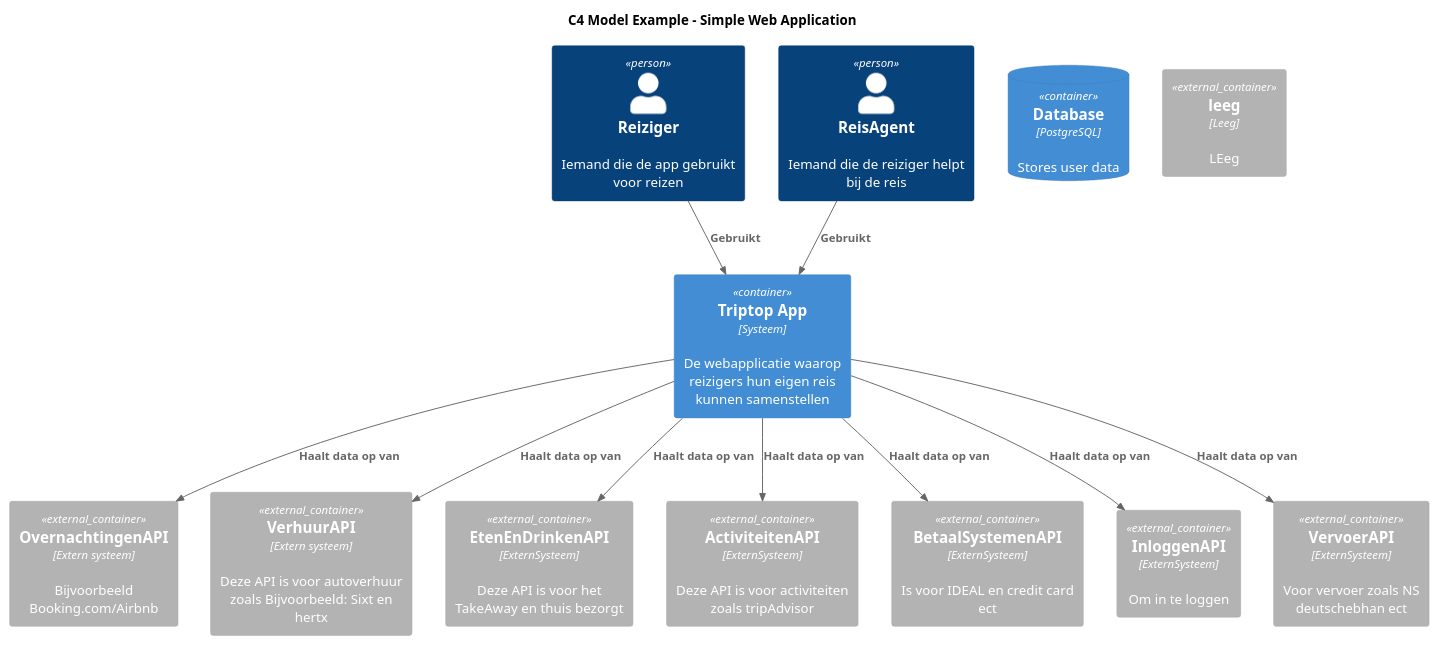
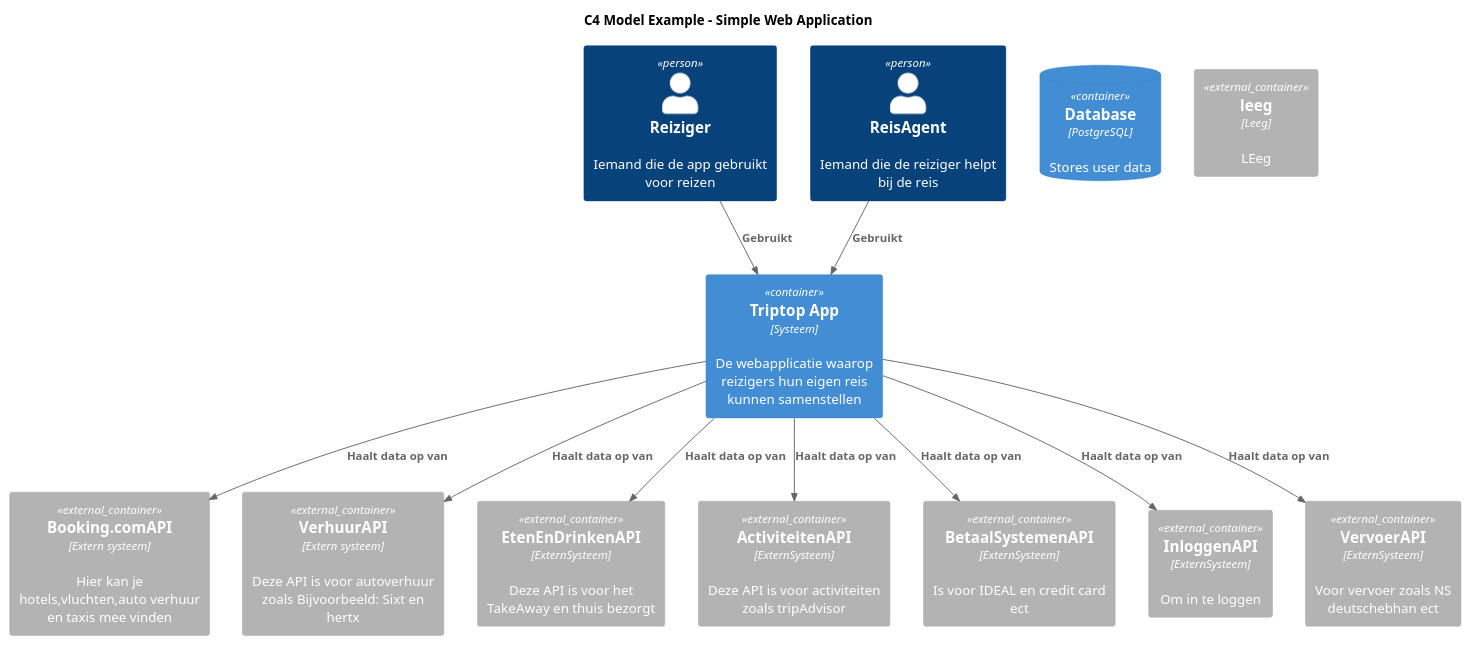
The diagram in diagrammen-met-de-boys/C4-Container-Diagram.puml (AIM-ENE-feb25/triptop-peak-performers-groep-1), drawn with PlantUML before and after one commit. The commit also changed 1 other file, not shown here.

```diff
--- a/diagrammen-met-de-boys/C4-Container-Diagram.puml
+++ b/diagrammen-met-de-boys/C4-Container-Diagram.puml
@@ -1,34 +1,34 @@
 @startuml
 !include <C4/C4_Container>
 
 title C4 Model Example - Simple Web Application
 
 Person(Reiziger, "Reiziger", "Iemand die de app gebruikt voor reizen")
 Person(ReisAgent, "ReisAgent", "Iemand die de reiziger helpt bij de reis")
 
 
 Container(system, "Triptop App", "Systeem", "De webapplicatie waarop reizigers hun eigen reis kunnen samenstellen")
 ContainerDb(db, "Database", "PostgreSQL", "Stores user data")
-Container_Ext("OvernachtingenAPI", "OvernachtingenAPI", "Extern systeem","Bijvoorbeeld Booking.com/Airbnb")
+Container_Ext(Booking.comAPI, Booking.comAPI, "Extern systeem","Hier kan je hotels,vluchten,auto verhuur en taxis mee vinden")
 Container_Ext(VerhuurAPI, "VerhuurAPI", "Extern systeem","Deze API is voor autoverhuur zoals Bijvoorbeeld: Sixt en hertx")
 Container_Ext(EtenEnDrinkenAPI, "EtenEnDrinkenAPI", "ExternSysteem","Deze API is voor het TakeAway en thuis bezorgt")
 Container_Ext(ActiviteitenAPI, "ActiviteitenAPI", "ExternSysteem","Deze API is voor activiteiten zoals tripAdvisor")
 Container_Ext(BetaalSystemenAPI, "BetaalSystemenAPI", "ExternSysteem","Is voor IDEAL en credit card ect")
 Container_Ext(InloggenAPI, "InloggenAPI", "ExternSysteem","Om in te loggen")
 Container_Ext(VervoerAPI, "VervoerAPI", "ExternSysteem","Voor vervoer zoals NS deutschebhan ect")
 
 Container_Ext(Leeg, "leeg", "Leeg","LEeg")
 
 Rel(Reiziger,system, "Gebruikt")
 Rel("ReisAgent",system, "Gebruikt")
-Rel(system,OvernachtingenAPI,"Haalt data op van")
+Rel(system,Booking.comAPI,"Haalt data op van")
 Rel(system,"VerhuurAPI","Haalt data op van" )
 Rel(system,"EtenEnDrinkenAPI","Haalt data op van" )
 Rel(system,"ActiviteitenAPI","Haalt data op van" )
 Rel(system,"BetaalSystemenAPI","Haalt data op van" )
 Rel(system,"InloggenAPI","Haalt data op van" )
 Rel(system,"VervoerAPI","Haalt data op van" )
 
 
 
 @enduml
```
